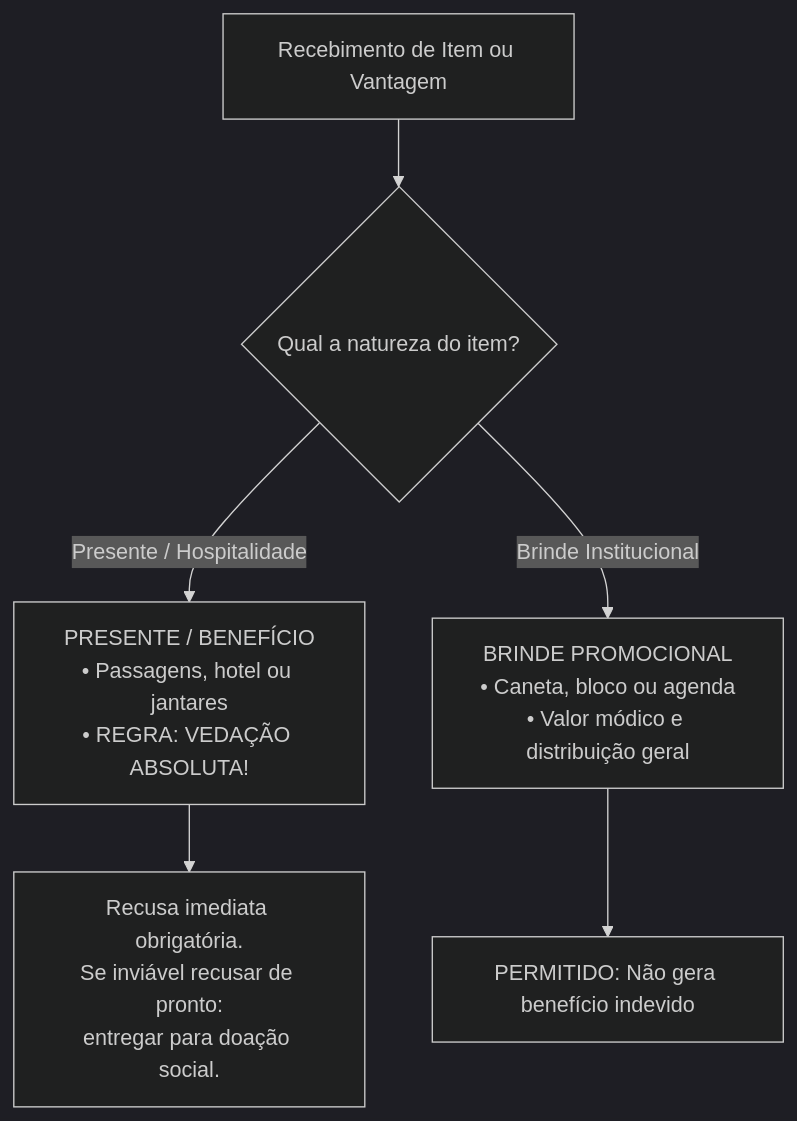
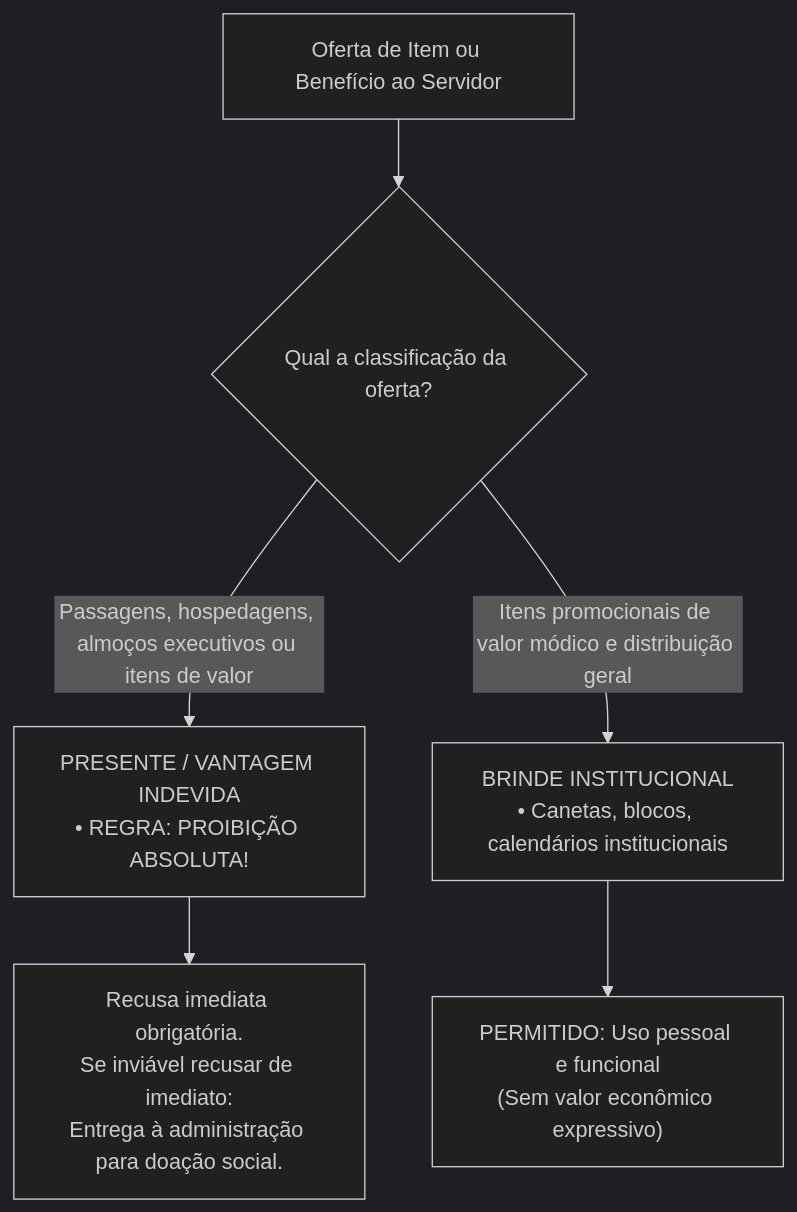
The first of 2 diagrams in fontes_de_estudo/conhecimentos_gerais/03_legislacao_institucional/05_codigo_de_etica_servidores_tce_go.md (thiagosantos346/TCE-GO-2027), drawn with Mermaid (dark theme) before and after one commit. The commit also changed other lines of this file and 119 other files, not shown here.

````diff
--- a/fontes_de_estudo/conhecimentos_gerais/03_legislacao_institucional/05_codigo_de_etica_servidores_tce_go.md
+++ b/fontes_de_estudo/conhecimentos_gerais/03_legislacao_institucional/05_codigo_de_etica_servidores_tce_go.md
@@ -84,12 +111,12 @@
 ```mermaid
 flowchart TD
-    Oferta["Recebimento de Item ou Vantagem"]
+    Oferta["Oferta de Item ou Benefício ao Servidor"]
     
-    Oferta --> Avaliacao{"Qual a natureza do item?"}
+    Oferta --> Analise{"Qual a classificação da oferta?"}
     
-    Avaliacao -->|Presente / Hospitalidade| Presente["PRESENTE / BENEFÍCIO<br/>• Passagens, hotel ou jantares<br/>• REGRA: VEDAÇÃO ABSOLUTA!"]
-    Presente --> CondutaP["Recusa imediata obrigatória.<br/>Se inviável recusar de pronto:<br/>entregar para doação social."]
+    Analise -- "Passagens, hospedagens, almoços executivos ou itens de valor" --> Presente["PRESENTE / VANTAGEM INDEVIDA<br/>• REGRA: PROIBIÇÃO ABSOLUTA!"]
+    Presente --> Recusa["Recusa imediata obrigatória.<br/>Se inviável recusar de imediato:<br/>Entrega à administração para doação social."]
     
-    Avaliacao -->|Brinde Institucional| Brinde["BRINDE PROMOCIONAL<br/>• Caneta, bloco ou agenda<br/>• Valor módico e distribuição geral"]
-    Brinde --> CondutaB["PERMITIDO: Não gera benefício indevido"]
+    Analise -- "Itens promocionais de valor módico e distribuição geral" --> Brinde["BRINDE INSTITUCIONAL<br/>• Canetas, blocos, calendários institucionais"]
+    Brinde --> Aceitacao["PERMITIDO: Uso pessoal e funcional<br/>(Sem valor econômico expressivo)"]
 ```
````
